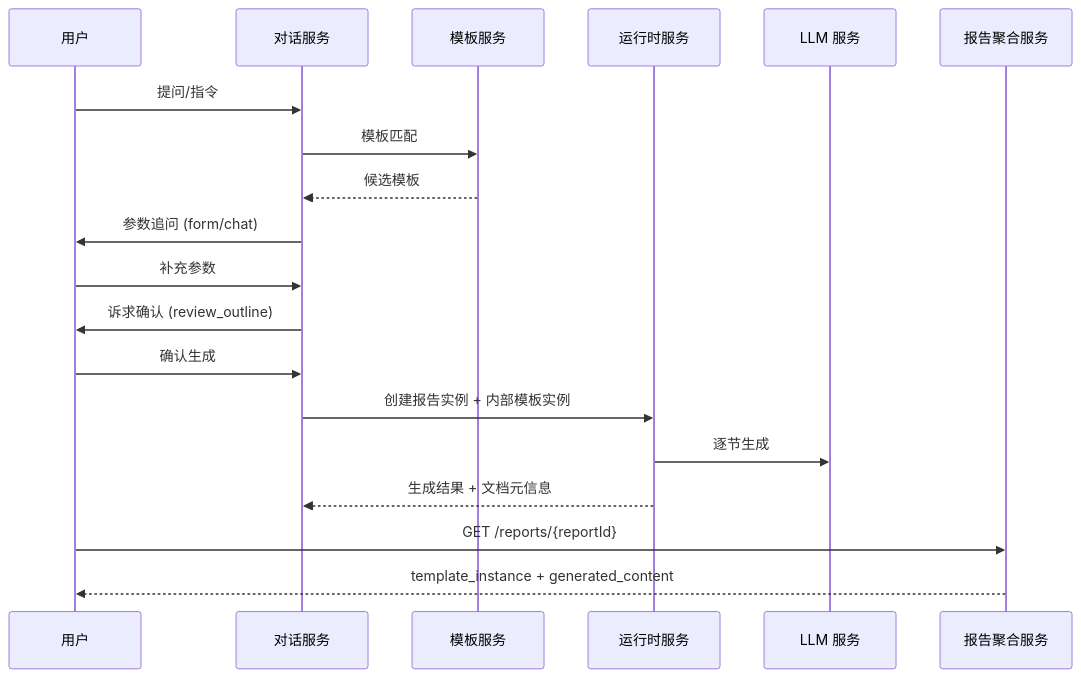
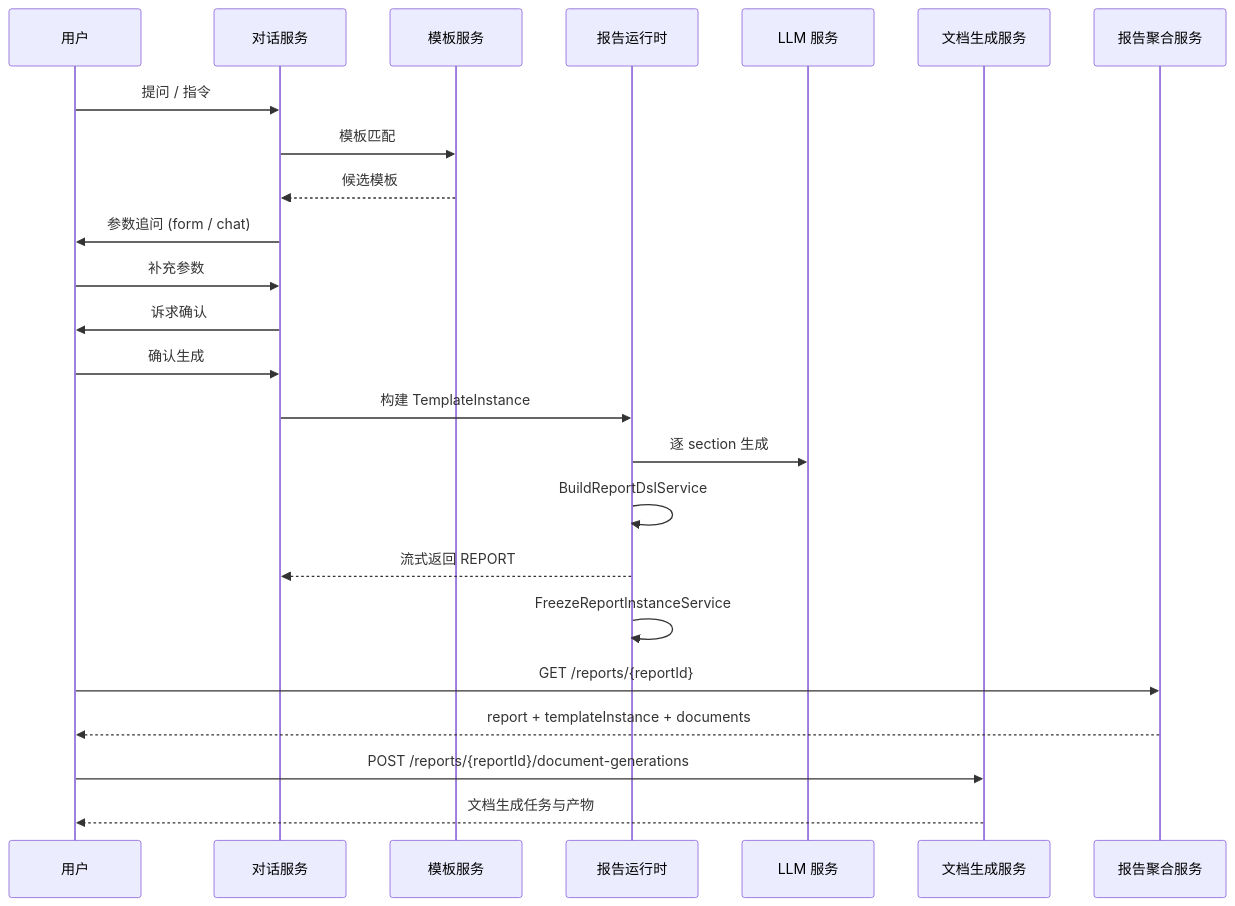
The second of 3 diagrams in design/design.md (shel447/ReportSystem), drawn with Mermaid before and after one commit. The commit also changed other lines of this file and 21 other files, not shown here.

First line of the commit message:
refresh report dsl and chatbi design docs

````diff
--- a/design/design.md
+++ b/design/design.md
@@ -110,22 +113,27 @@
 ```mermaid
 sequenceDiagram
     participant User as 用户
     participant Chat as 对话服务
     participant Template as 模板服务
-    participant Runtime as 运行时服务
+    participant Runtime as 报告运行时
     participant LLM as LLM 服务
+    participant Export as 文档生成服务
     participant Report as 报告聚合服务
 
-    User->>Chat: 提问/指令
+    User->>Chat: 提问 / 指令
     Chat->>Template: 模板匹配
     Template-->>Chat: 候选模板
-    Chat->>User: 参数追问 (form/chat)
+    Chat->>User: 参数追问 (form / chat)
     User->>Chat: 补充参数
-    Chat->>User: 诉求确认 (review_outline)
+    Chat->>User: 诉求确认
     User->>Chat: 确认生成
-    Chat->>Runtime: 创建报告实例 + 内部模板实例
-    Runtime->>LLM: 逐节生成
-    Runtime-->>Chat: 生成结果 + 文档元信息
+    Chat->>Runtime: 构建 TemplateInstance
+    Runtime->>LLM: 逐 section 生成
+    Runtime->>Runtime: BuildReportDslService
+    Runtime-->>Chat: 流式返回 REPORT
+    Runtime->>Runtime: FreezeReportInstanceService
     User->>Report: GET /reports/{reportId}
-    Report-->>User: template_instance + generated_content
+    Report-->>User: report + templateInstance + documents
+    User->>Export: POST /reports/{reportId}/document-generations
+    Export-->>User: 文档生成任务与产物
 ```
````
